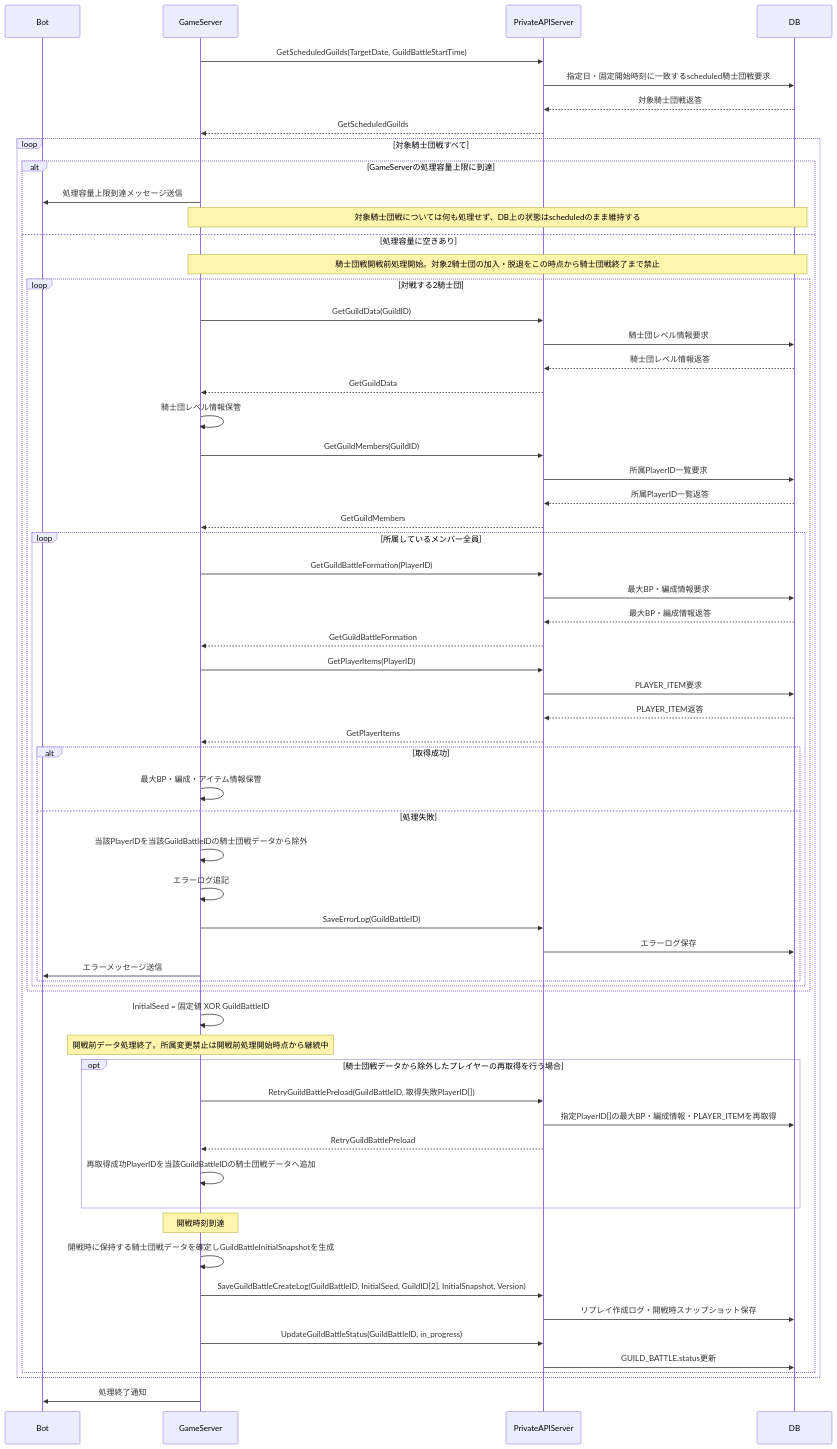
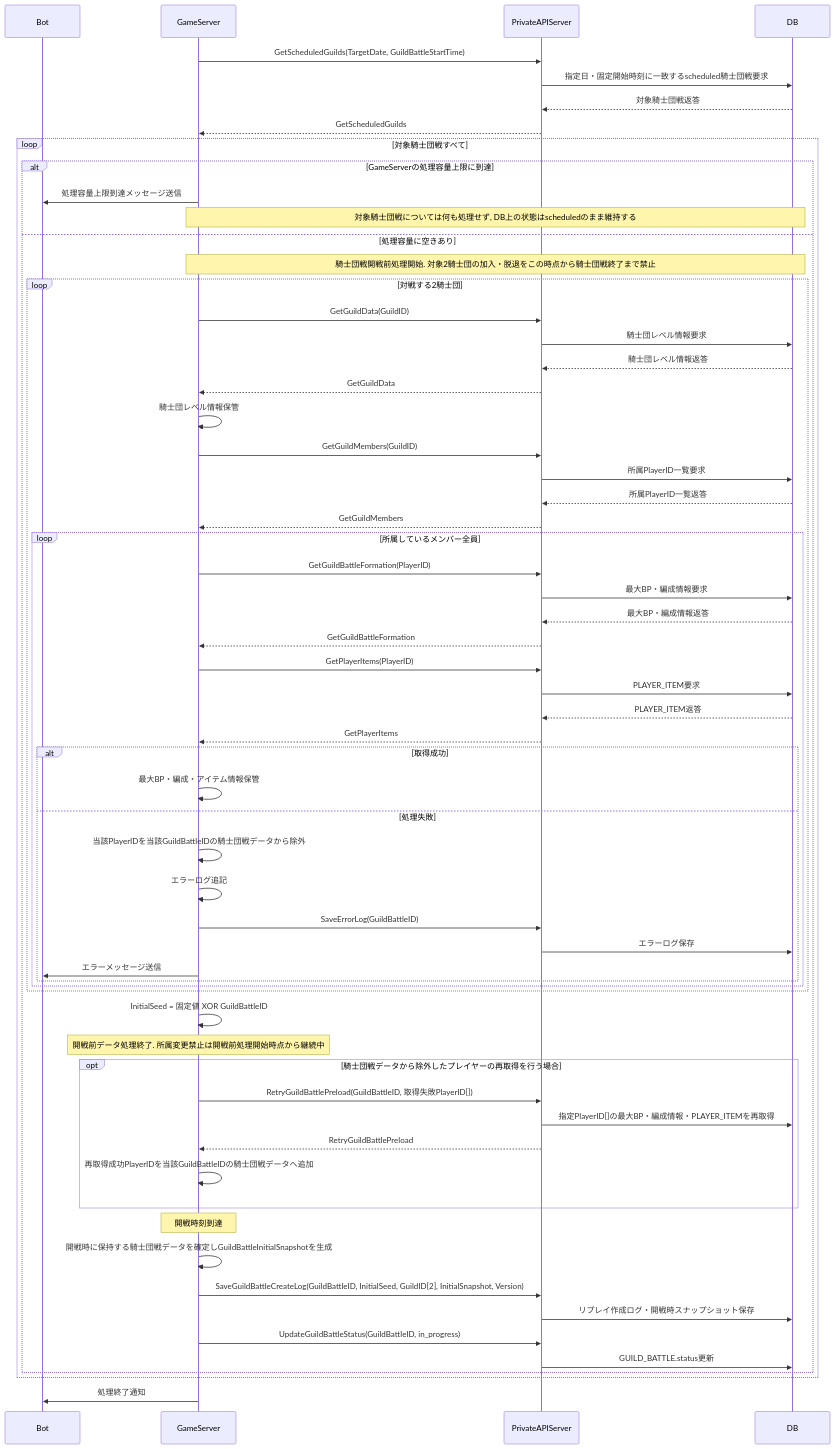
Before and after one commit to ReHydrangeaOdyssey/Specifications: the sixth of 16 diagrams in design/guild_battle.md, drawn with Mermaid. The commit also changed other lines of this file and 28 other files, not shown here.

````diff
--- a/design/guild_battle.md
+++ b/design/guild_battle.md
@@ -177,74 +177,74 @@
 ```mermaid
 sequenceDiagram
     participant Bot
     participant GameServer
     participant PrivateAPIServer
     participant DB
 
     GameServer->>PrivateAPIServer: GetScheduledGuilds(TargetDate, GuildBattleStartTime)
     PrivateAPIServer->>DB: 指定日・固定開始時刻に一致するscheduled騎士団戦要求
     DB-->>PrivateAPIServer: 対象騎士団戦返答
     PrivateAPIServer-->>GameServer: GetScheduledGuilds
 
     loop 対象騎士団戦すべて
         alt GameServerの処理容量上限に到達
             GameServer->>Bot: 処理容量上限到達メッセージ送信
-            Note over GameServer,DB: 対象騎士団戦については何も処理せず、DB上の状態はscheduledのまま維持する
+            Note over GameServer,DB: 対象騎士団戦については何も処理せず, DB上の状態はscheduledのまま維持する
         else 処理容量に空きあり
-            Note over GameServer,DB: 騎士団戦開戦前処理開始。対象2騎士団の加入・脱退をこの時点から騎士団戦終了まで禁止
+            Note over GameServer,DB: 騎士団戦開戦前処理開始. 対象2騎士団の加入・脱退をこの時点から騎士団戦終了まで禁止
             loop 対戦する2騎士団
                 GameServer->>PrivateAPIServer: GetGuildData(GuildID)
                 PrivateAPIServer->>DB: 騎士団レベル情報要求
                 DB-->>PrivateAPIServer: 騎士団レベル情報返答
                 PrivateAPIServer-->>GameServer: GetGuildData
                 GameServer->>GameServer: 騎士団レベル情報保管
 
                 GameServer->>PrivateAPIServer: GetGuildMembers(GuildID)
                 PrivateAPIServer->>DB: 所属PlayerID一覧要求
                 DB-->>PrivateAPIServer: 所属PlayerID一覧返答
                 PrivateAPIServer-->>GameServer: GetGuildMembers
 
                 loop 所属しているメンバー全員
                     GameServer->>PrivateAPIServer: GetGuildBattleFormation(PlayerID)
                     PrivateAPIServer->>DB: 最大BP・編成情報要求
                     DB-->>PrivateAPIServer: 最大BP・編成情報返答
                     PrivateAPIServer-->>GameServer: GetGuildBattleFormation
 
                     GameServer->>PrivateAPIServer: GetPlayerItems(PlayerID)
                     PrivateAPIServer->>DB: PLAYER_ITEM要求
                     DB-->>PrivateAPIServer: PLAYER_ITEM返答
                     PrivateAPIServer-->>GameServer: GetPlayerItems
 
                     alt 取得成功
                         GameServer->>GameServer: 最大BP・編成・アイテム情報保管
                     else 処理失敗
                         GameServer->>GameServer: 当該PlayerIDを当該GuildBattleIDの騎士団戦データから除外
                         GameServer->>GameServer: エラーログ追記
                         GameServer->>PrivateAPIServer: SaveErrorLog(GuildBattleID)
                         PrivateAPIServer->>DB: エラーログ保存
                         GameServer->>Bot: エラーメッセージ送信
                     end
                 end
             end
 
             GameServer->>GameServer: InitialSeed = 固定値 XOR GuildBattleID
 
-            Note over GameServer: 開戦前データ処理終了。所属変更禁止は開戦前処理開始時点から継続中
+            Note over GameServer: 開戦前データ処理終了. 所属変更禁止は開戦前処理開始時点から継続中
             opt 騎士団戦データから除外したプレイヤーの再取得を行う場合
                 GameServer->>PrivateAPIServer: RetryGuildBattlePreload(GuildBattleID, 取得失敗PlayerID[])
                 PrivateAPIServer->>DB: 指定PlayerID[]の最大BP・編成情報・PLAYER_ITEMを再取得
                 PrivateAPIServer-->>GameServer: RetryGuildBattlePreload
                 GameServer->>GameServer: 再取得成功PlayerIDを当該GuildBattleIDの騎士団戦データへ追加
             end
 
             Note over GameServer: 開戦時刻到達
             GameServer->>GameServer: 開戦時に保持する騎士団戦データを確定しGuildBattleInitialSnapshotを生成
             GameServer->>PrivateAPIServer: SaveGuildBattleCreateLog(GuildBattleID, InitialSeed, GuildID[2], InitialSnapshot, Version)
             PrivateAPIServer->>DB: リプレイ作成ログ・開戦時スナップショット保存
             GameServer->>PrivateAPIServer: UpdateGuildBattleStatus(GuildBattleID, in_progress)
             PrivateAPIServer->>DB: GUILD_BATTLE.status更新
         end
     end
 
     GameServer->>Bot: 処理終了通知
 ```
````
